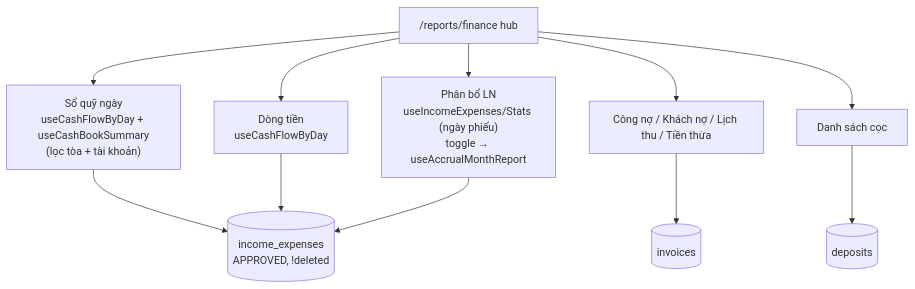
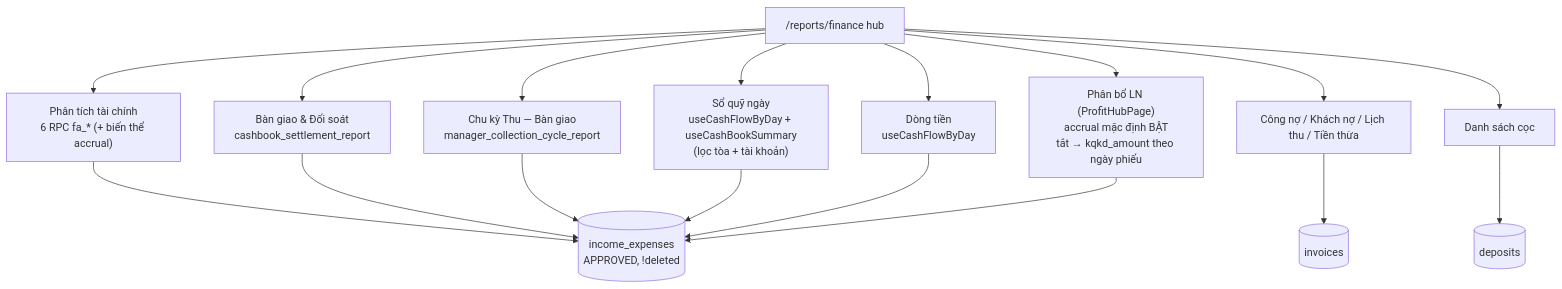
The fourth of 4 diagrams in docs/he-thong/13-bao-cao-dashboard-thong-bao.md (zxGreenxz/whiteboard-ihomecrm), drawn with Mermaid before and after one commit. The commit also changed other lines of this file and 20 other files, not shown here.

````diff
--- a/docs/he-thong/13-bao-cao-dashboard-thong-bao.md
+++ b/docs/he-thong/13-bao-cao-dashboard-thong-bao.md
@@ -532,10 +648,13 @@
 ```mermaid
 flowchart TD
-    H["/reports/finance hub"] --> CB["Sổ quỹ ngày<br/>useCashFlowByDay + useCashBookSummary<br/>(lọc tòa + tài khoản)"]
+    H["/reports/finance hub"] --> FA["Phân tích tài chính<br/>6 RPC fa_* (+ biến thể accrual)"]
+    H --> BG["Bàn giao & Đối soát<br/>cashbook_settlement_report"]
+    H --> CY["Chu kỳ Thu — Bàn giao<br/>manager_collection_cycle_report"]
+    H --> CB["Sổ quỹ ngày<br/>useCashFlowByDay + useCashBookSummary<br/>(lọc tòa + tài khoản)"]
     H --> CF["Dòng tiền<br/>useCashFlowByDay"]
-    H --> PD["Phân bổ LN<br/>useIncomeExpenses/Stats (ngày phiếu)<br/>toggle → useAccrualMonthReport"]
-    CB & CF & PD --> IE[("income_expenses<br/>APPROVED, !deleted")]
+    H --> PD["Phân bổ LN (ProfitHubPage)<br/>accrual mặc định BẬT<br/>tắt → kqkd_amount theo ngày phiếu"]
+    FA & BG & CY & CB & CF & PD --> IE[("income_expenses<br/>APPROVED, !deleted")]
     H --> DBT["Công nợ / Khách nợ / Lịch thu / Tiền thừa"]
     DBT --> INV[("invoices")]
     H --> DEP["Danh sách cọc"] --> DPT[("deposits")]
 ```
````
